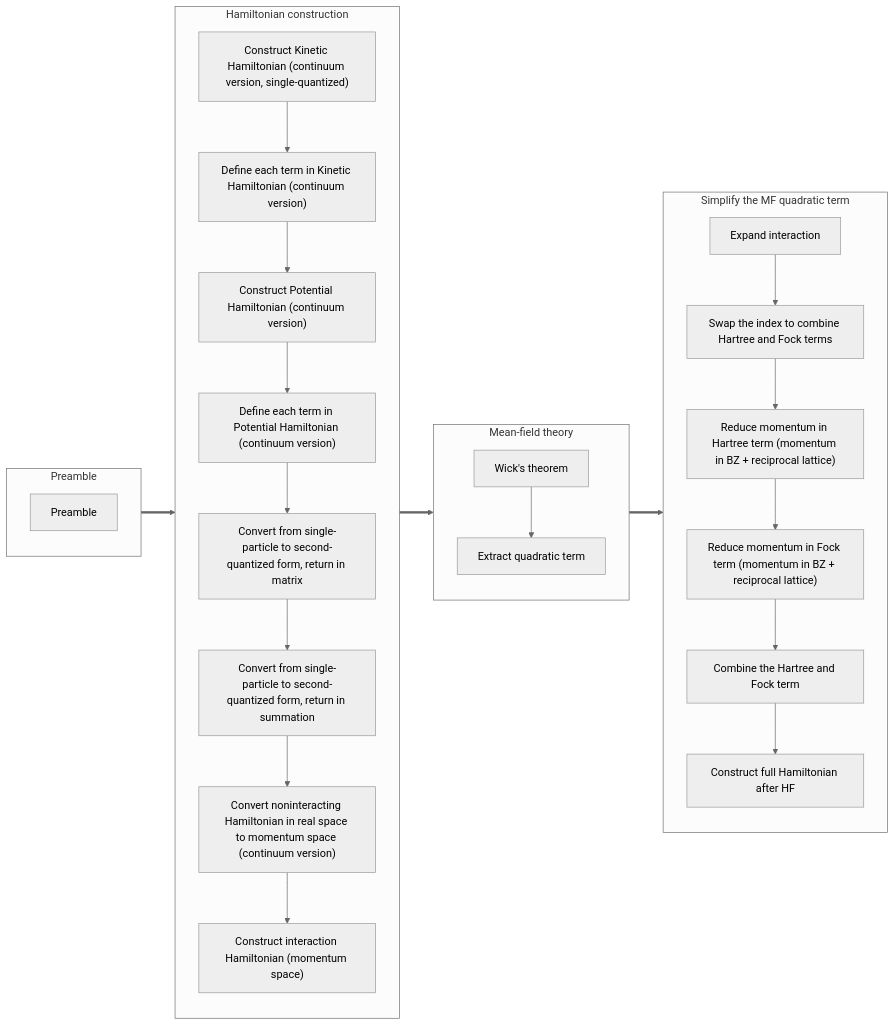
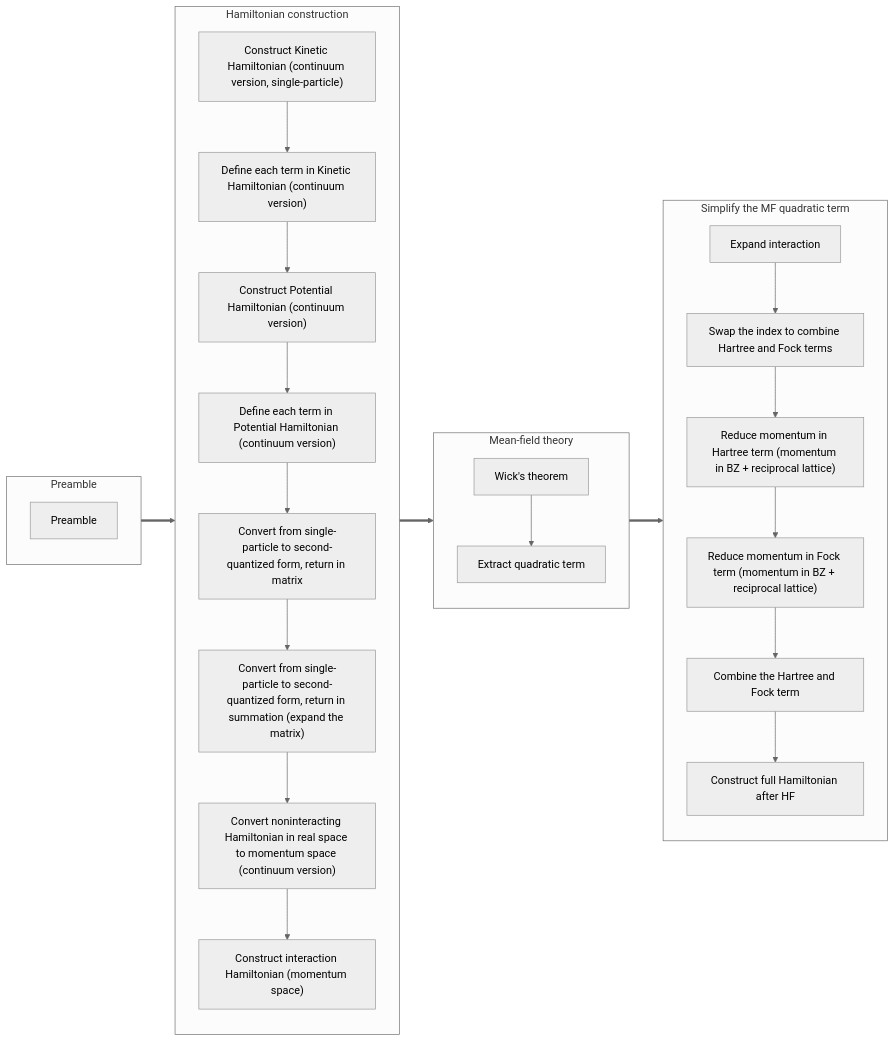
One commit to hainingpan/HartreeFock_GPT changed the sixth of 9 diagrams in workflow.md. Above: the diagram before and after it, drawn with Mermaid (neutral theme). The commit also changed other lines of this file and 4 other files, not shown here.

````diff
--- a/workflow.md
+++ b/workflow.md
@@ -252,48 +252,48 @@
 ```mermaid
 flowchart LR
     subgraph A["Preamble"]
         direction TB
         a1["Preamble"]
     end
     subgraph B["Hamiltonian construction"]
         direction TB
-        b1["Construct Kinetic Hamiltonian (continuum version, single-quantized)"]
+        b1["Construct Kinetic Hamiltonian (continuum version, single-particle)"]
         b2["Define each term in Kinetic Hamiltonian (continuum version)"]
         b3["Construct Potential Hamiltonian (continuum version)"]
         b4["Define each term in Potential Hamiltonian (continuum version)"]
         b5["Convert from single-particle to second-quantized form, return in matrix"]
-        b6["Convert from single-particle to second-quantized form, return in summation"]
+        b6["Convert from single-particle to second-quantized form, return in summation (expand the matrix)"]
         b7["Convert noninteracting Hamiltonian in real space to momentum space (continuum version)"]
         b8["Construct interaction Hamiltonian (momentum space)"]
         b1-->b2
         b2-->b3
         b3-->b4
         b4-->b5
         b5-->b6
         b6-->b7
         b7-->b8
     end
     subgraph C["Mean-field theory"]
         direction TB
         c1["Wick's theorem"]
         c2["Extract quadratic term"]
         c1-->c2
     end
     subgraph E["Simplify the MF quadratic term"]
         direction TB
         e1["Expand interaction"]
         e2["Swap the index to combine Hartree and Fock terms"]
         e3["Reduce momentum in Hartree term (momentum in BZ + reciprocal lattice)"]
         e4["Reduce momentum in Fock term (momentum in BZ + reciprocal lattice)"]
         e5["Combine the Hartree and Fock term"]
         e6["Construct full Hamiltonian after HF"]
         e1-->e2
         e2-->e3
         e3-->e4
         e4-->e5
         e5-->e6
     end
     A==>B
     B==>C
     C==>E
 ```
````
